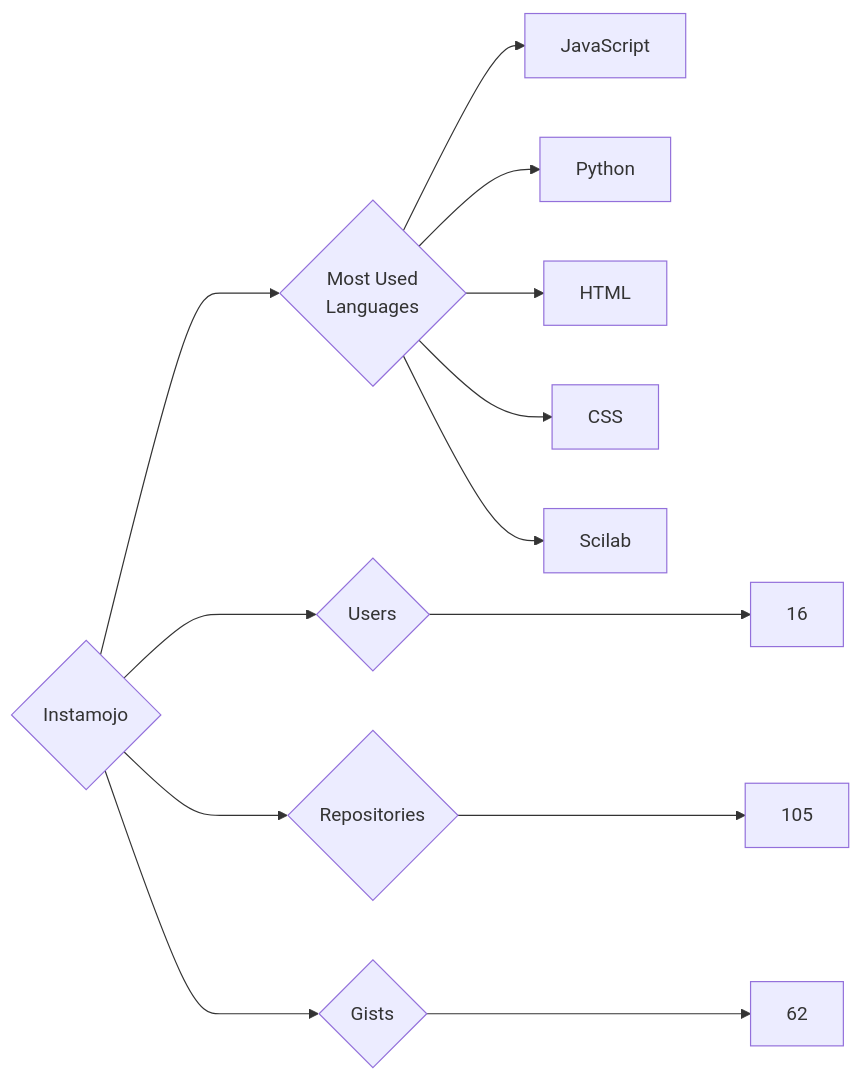
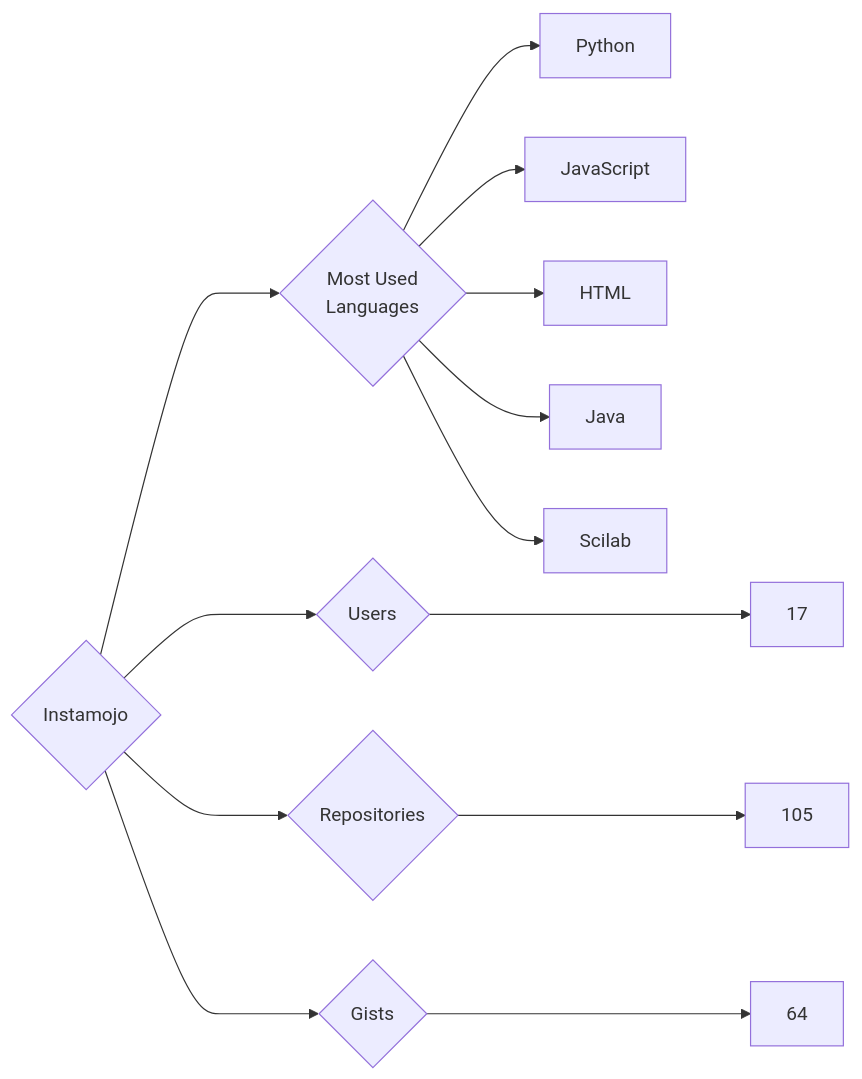
The diagram in targets/Instamojo/README.md (trickest/insiders), drawn with Mermaid before and after one commit. The commit also changed 1084 other files, not shown here.

````diff
--- a/targets/Instamojo/README.md
+++ b/targets/Instamojo/README.md
@@ -3,13 +3,13 @@
 ```mermaid
 graph LR
 COMPANY_NAME{Instamojo}
-COMPANY_NAME ---> U{Users} ---> UN[16]
+COMPANY_NAME ---> U{Users} ---> UN[17]
 COMPANY_NAME ---> R{Repositories} ---> RN[105]
-COMPANY_NAME ---> G{Gists} ---> GN[62]
+COMPANY_NAME ---> G{Gists} ---> GN[64]
 COMPANY_NAME ---> ML{Most Used<br>Languages}
+ML --> Python[Python]
 ML --> JavaScript[JavaScript]
-ML --> Python[Python]
 ML --> HTML[HTML]
-ML --> CSS[CSS]
+ML --> Java[Java]
 ML --> Scilab[Scilab]
 ```
````
